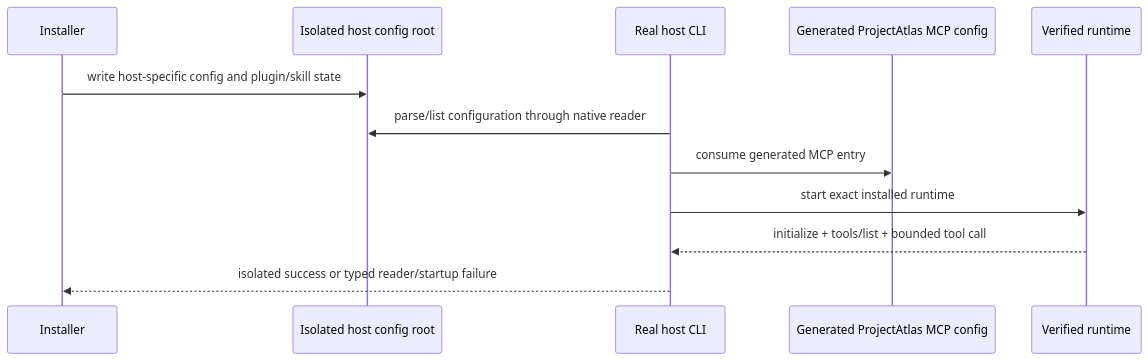
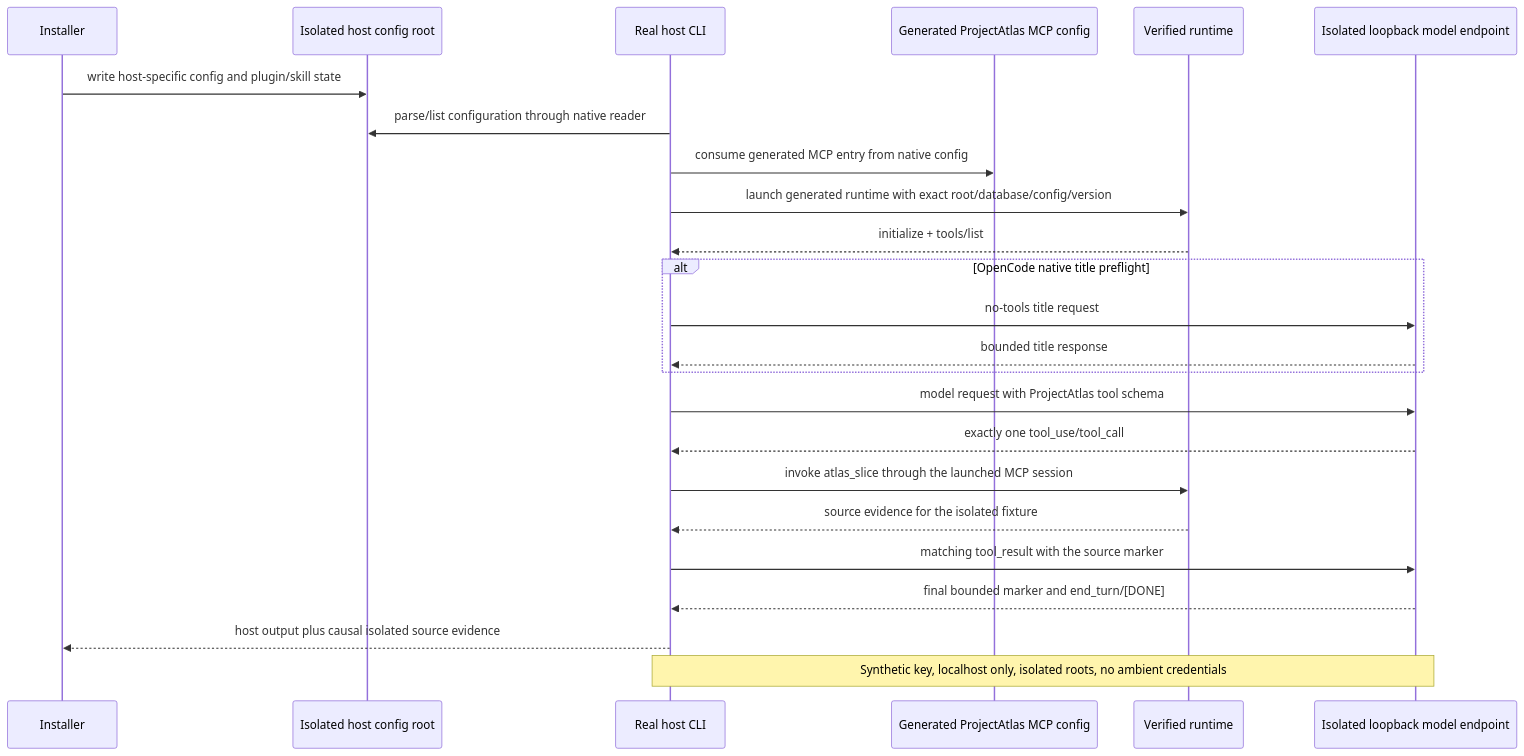
Before and after one commit to styler-ai/ProjectAtlas: the ninth of 28 diagrams in docs/v050-release-architecture.md, drawn with Mermaid. The commit also changed 7 other files, not shown here.

First line of the commit message:
test(installer): verify real Claude Code and OpenCode readers (#390) (#536)

````diff
--- a/docs/v050-release-architecture.md
+++ b/docs/v050-release-architecture.md
@@ -146,14 +146,26 @@
 ```mermaid
 sequenceDiagram
   participant I as Installer
   participant C as Isolated host config root
   participant H as Real host CLI
   participant M as Generated ProjectAtlas MCP config
   participant R as Verified runtime
+  participant L as Isolated loopback model endpoint
   I->>C: write host-specific config and plugin/skill state
   H->>C: parse/list configuration through native reader
-  H->>M: consume generated MCP entry
-  H->>R: start exact installed runtime
-  R-->>H: initialize + tools/list + bounded tool call
-  H-->>I: isolated success or typed reader/startup failure
+  H->>M: consume generated MCP entry from native config
+  H->>R: launch generated runtime with exact root/database/config/version
+  R-->>H: initialize + tools/list
+  alt OpenCode native title preflight
+    H->>L: no-tools title request
+    L-->>H: bounded title response
+  end
+  H->>L: model request with ProjectAtlas tool schema
+  L-->>H: exactly one tool_use/tool_call
+  H->>R: invoke atlas_slice through the launched MCP session
+  R-->>H: source evidence for the isolated fixture
+  H->>L: matching tool_result with the source marker
+  L-->>H: final bounded marker and end_turn/[DONE]
+  H-->>I: host output plus causal isolated source evidence
+  Note over H,L: Synthetic key, localhost only, isolated roots, no ambient credentials
 ```
````
